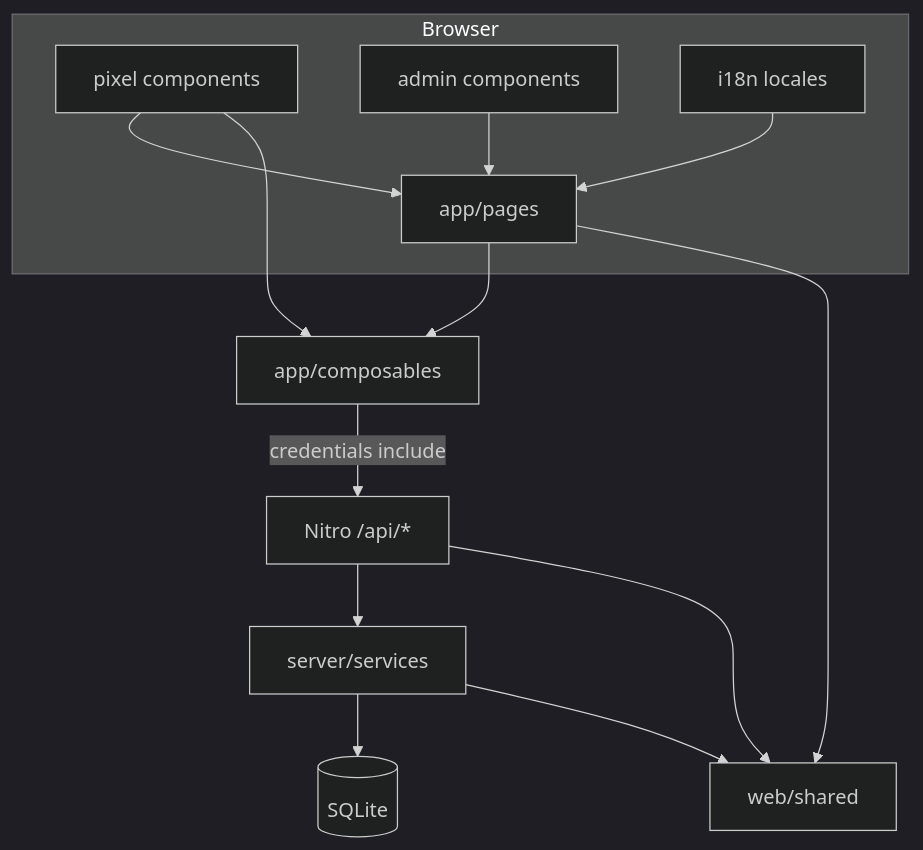
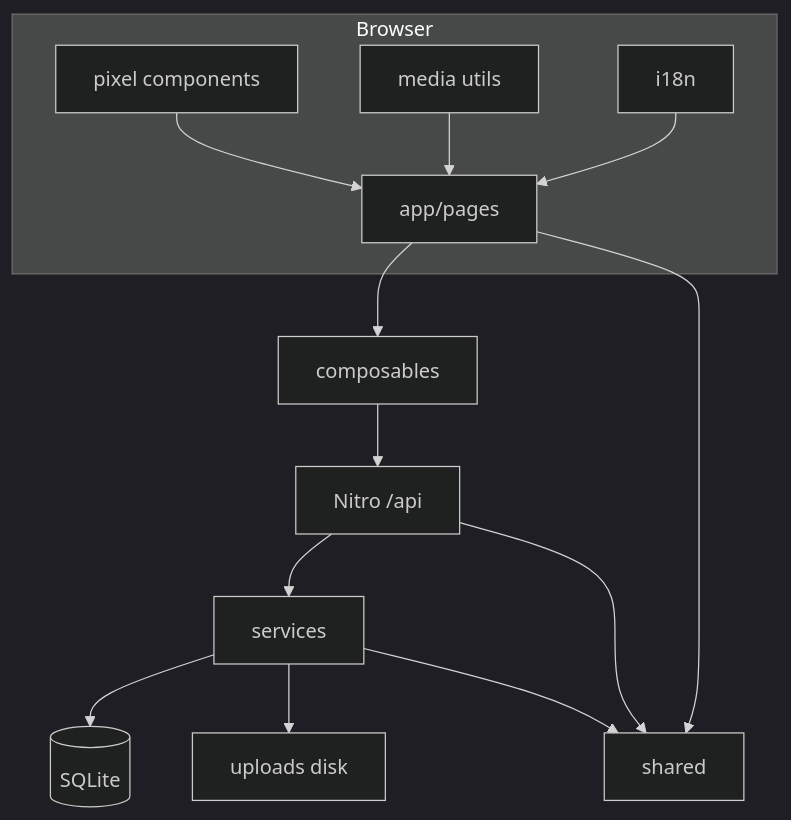
The diagram in .vibe/docs/dependency-graph.md (manuliner/99trees), drawn with Mermaid (dark theme) before and after one commit. The commit also changed other lines of this file and 87 other files, not shown here.

````diff
--- a/.vibe/docs/dependency-graph.md
+++ b/.vibe/docs/dependency-graph.md
@@ -3,20 +3,20 @@
 ```mermaid
 flowchart TB
   subgraph client [Browser]
     Pages[app/pages]
     Pixel[pixel components]
-    AdminUI[admin components]
-    I18n[i18n locales]
+    MediaUI[media utils]
+    I18n[i18n]
     Pixel --> Pages
-    AdminUI --> Pages
+    MediaUI --> Pages
     I18n --> Pages
   end
-  Pages --> Comp[app/composables]
-  Comp -->|credentials include| API[Nitro /api/*]
-  API --> Svc[server/services]
+  Pages --> Comp[composables]
+  Comp --> API[Nitro /api]
+  API --> Svc[services]
   Svc --> DB[(SQLite)]
-  Svc --> Shared[web/shared]
+  Svc --> Disk[uploads disk]
+  Svc --> Shared[shared]
   API --> Shared
   Pages --> Shared
-  Pixel --> Comp
 ```
````
